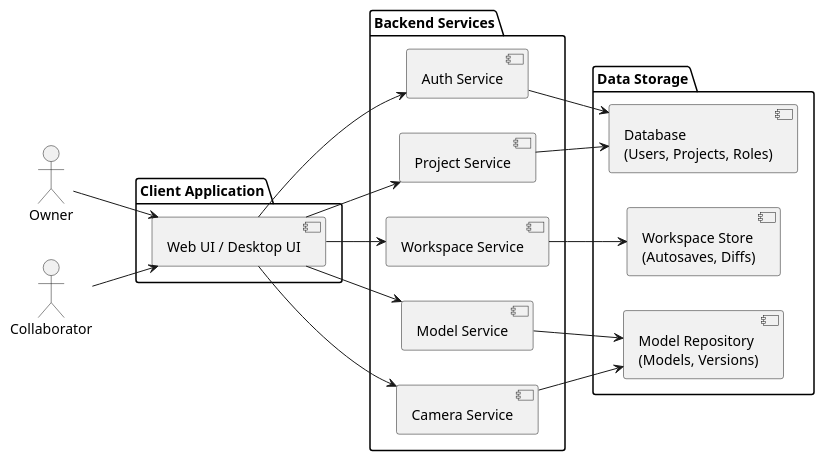
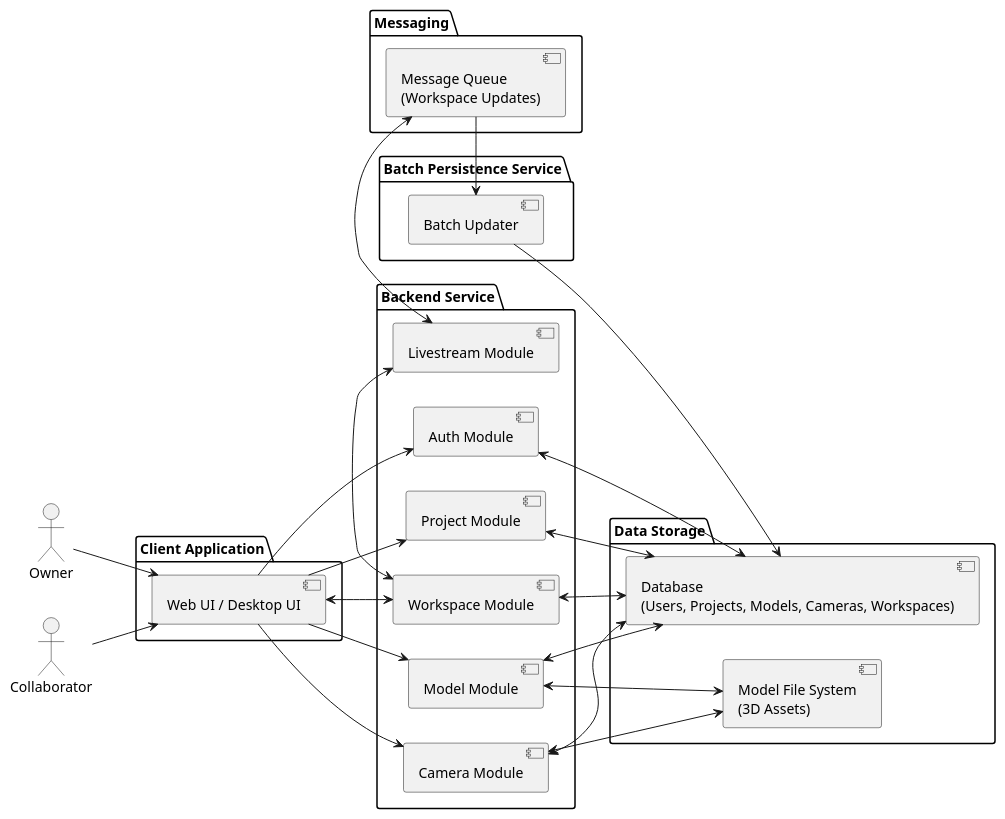
Before and after one commit to Ministry-of-Learning-of-Jura-Kites/OmniCam: the diagram in docs/diagrams/system_architecture.puml, drawn with PlantUML. The commit also changed 4 other files, not shown here.

Commit message:
fix: update diagram headers for consistency and clarity; add ER diagram

```diff
--- a/docs/diagrams/system_architecture.puml
+++ b/docs/diagrams/system_architecture.puml
@@ -1,42 +1,59 @@
-@startuml
+@startuml system architecture diagram
 left to right direction
 
 actor Owner
 actor Collaborator as User
 
 package "Client Application" {
   [Web UI / Desktop UI] as UI
 }
 
-package "Backend Services" {
-  [Auth Service] as Auth
-  [Project Service] as Project
-  [Model Service] as Model
-  [Workspace Service] as Workspace
-  [Camera Service] as Camera
+package "Backend Service" {
+  [Auth Module] as Auth
+  [Model Module] as Model
+  [Project Module] as Project
+  [Workspace Module] as Workspace
+  [Camera Module] as Camera
+  [Livestream Module] as Livestream
+}
+
+package "Batch Persistence Service"{
+  [Batch Updater] as BatchUpdater
 }
 
 package "Data Storage" {
-  [Database\n(Users, Projects, Roles)] as DB
-  [Model Repository\n(Models, Versions)] as Repo
-  [Workspace Store\n(Autosaves, Diffs)] as WStore
+  [Database\n(Users, Projects, Models, Cameras, Workspaces)] as DB
+  [Model File System\n(3D Assets)] as Repo
+}
+
+package "Messaging" {
+  [Message Queue\n(Workspace Updates)] as MessageQueue
 }
 
 ' Actors interact with UI
 Owner --> UI
 User --> UI
 
 ' Client calls backend
 UI --> Auth
 UI --> Project
 UI --> Model
-UI --> Workspace
+UI <--> Workspace
 UI --> Camera
 
-' Backend calls storage
-Auth --> DB
-Project --> DB
-Model --> Repo
-Workspace --> WStore
-Camera --> Repo
+' Workspace Livestream
+Workspace <-> Livestream
+Livestream <-> MessageQueue
+BatchUpdater <- MessageQueue
+BatchUpdater -down-> DB
+
+' Backend to storage
+Auth <-> DB
+Project <-> DB
+Model <-> DB
+Model <-> Repo
+Workspace <-> DB
+Camera <--> DB
+Camera <--> Repo
+
 @enduml
```
